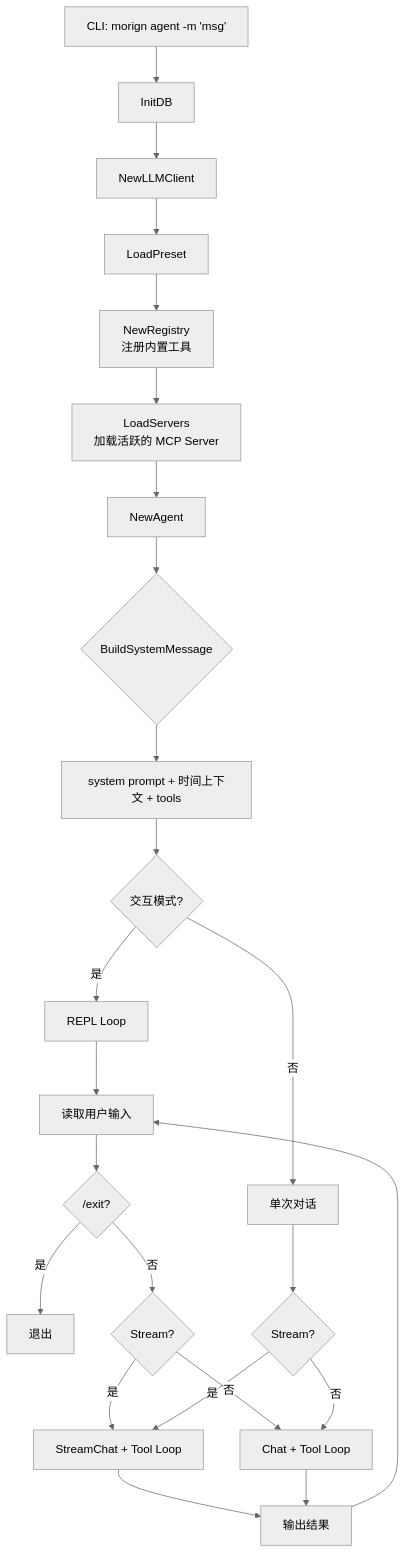
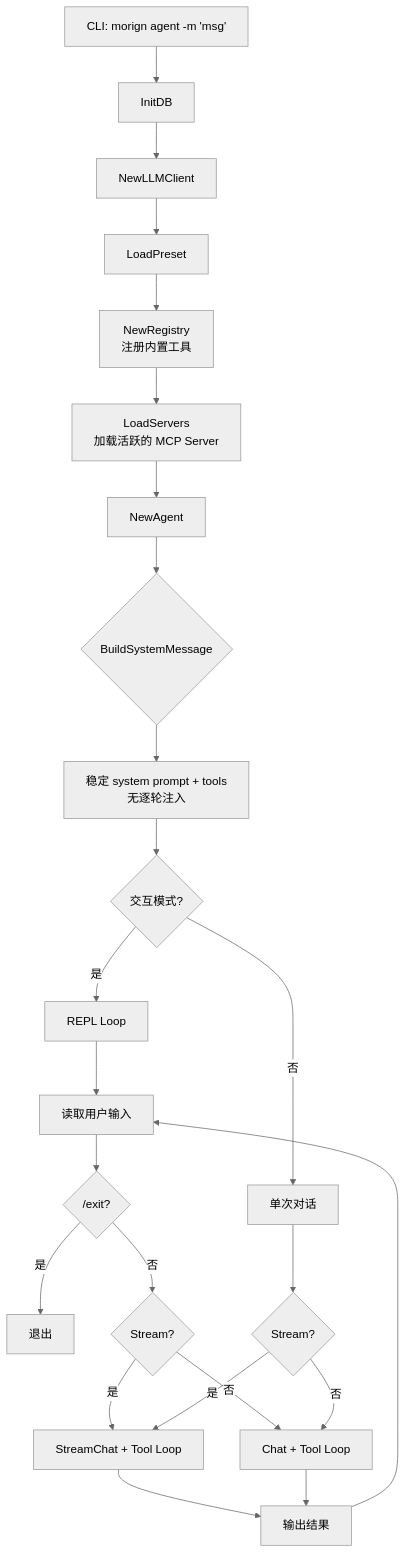
The fourth of 7 diagrams in docs/WORKFLOWS.md (liut/morign), drawn with Mermaid (neutral theme) before and after one commit. The commit also changed other lines of this file and 18 other files, not shown here.

First line of the commit message:
refactor(web,agent,tools): system prompt 只承载稳定内容

````diff
--- a/docs/WORKFLOWS.md
+++ b/docs/WORKFLOWS.md
@@ -146,30 +147,30 @@
 ```mermaid
 flowchart TD
     A[CLI: morign agent -m 'msg'] --> B[InitDB]
     B --> C[NewLLMClient]
     C --> D[LoadPreset]
     D --> E[NewRegistry<br/>注册内置工具]
     E --> F[LoadServers<br/>加载活跃的 MCP Server]
     F --> G[NewAgent]
     G --> H{BuildSystemMessage}
-    H --> I["system prompt + 时间上下文 + tools"]
+    H --> I["稳定 system prompt + tools<br/>无逐轮注入"]
 
     I --> J{交互模式?}
     J -->|是| K[REPL Loop]
     J -->|否| L[单次对话]
 
     K --> M[读取用户输入]
     M --> N{/exit?}
     N -->|是| Z[退出]
     N -->|否| O{Stream?}
     O -->|是| P[StreamChat + Tool Loop]
     O -->|否| Q[Chat + Tool Loop]
 
     L --> R{Stream?}
     R -->|是| P
     R -->|否| Q
 
     P --> S[输出结果]
     Q --> S
     S --> M
 ```
````
